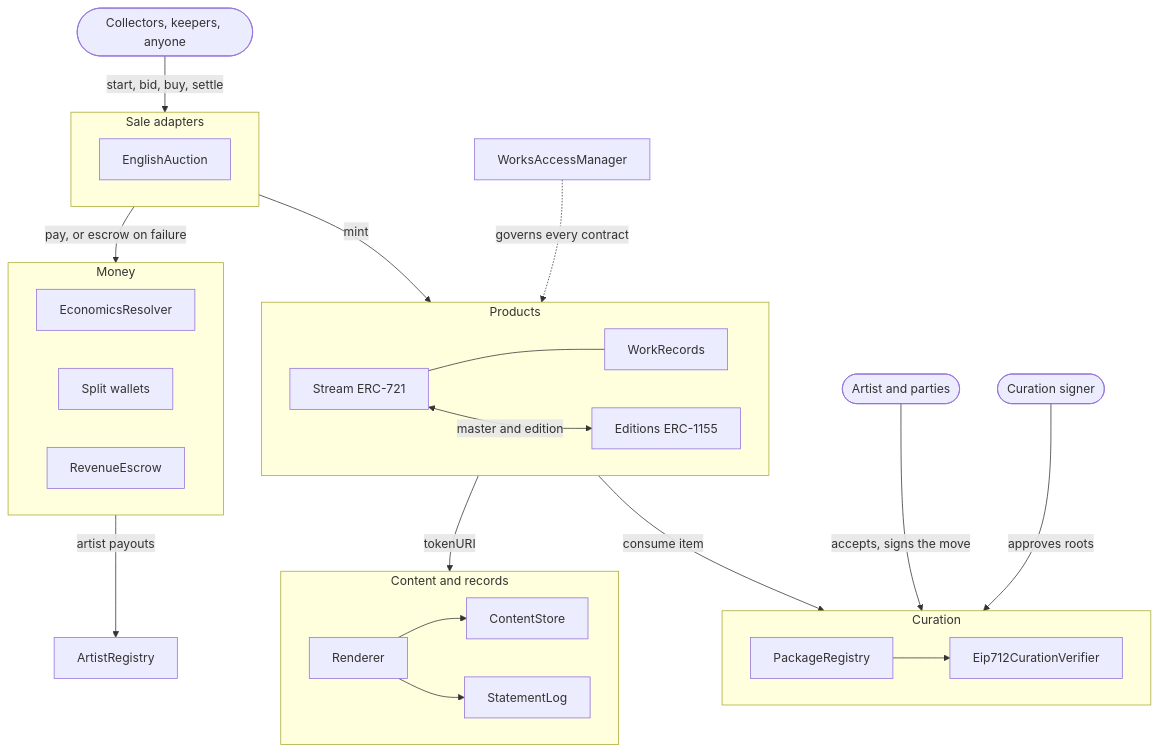
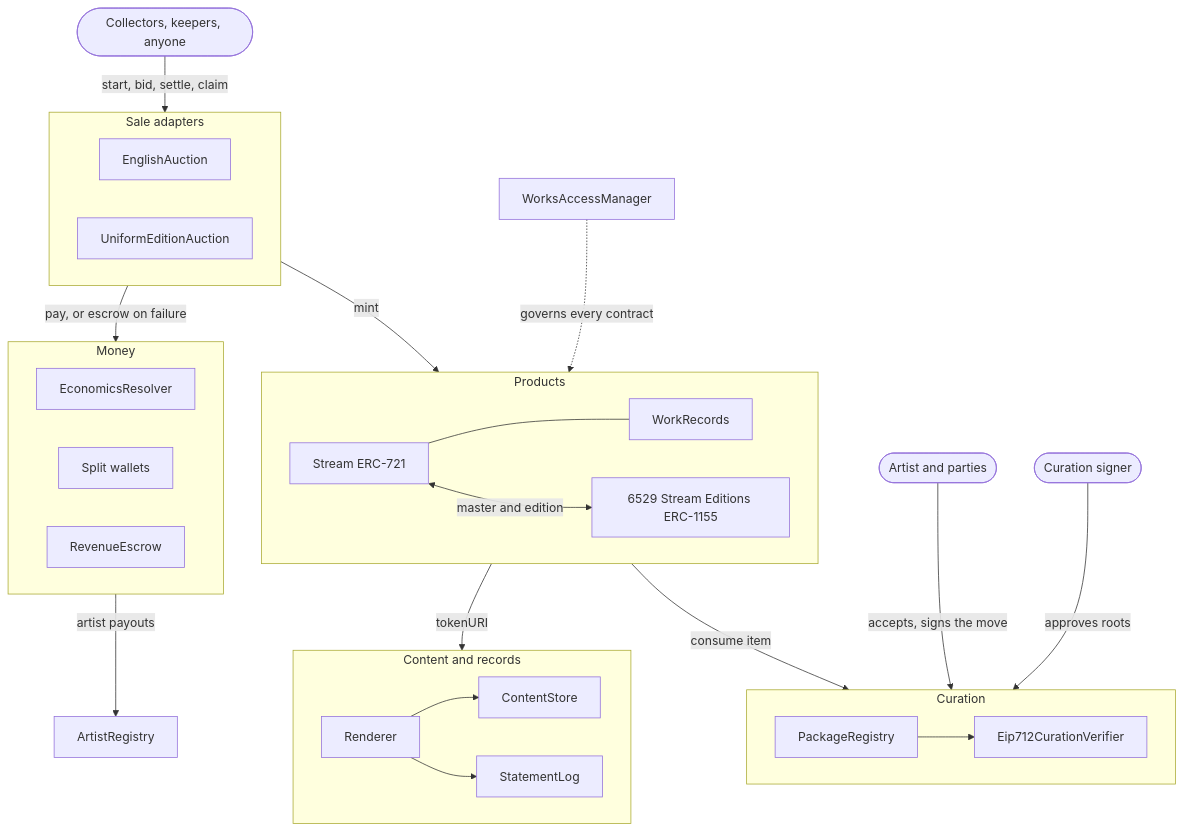
Before and after one commit to 6529-Collections/6529-works: the diagram in README.md, drawn with Mermaid. The commit also changed other lines of this file and 32 other files, not shown here.

First line of the commit message:
rc.2 L6: edition auction specification and docs, ADR 0005 as base text plus amendments, docs/facts.json (#85)

````diff
--- a/README.md
+++ b/README.md
@@ -21,43 +21,44 @@
 ```mermaid
 flowchart TB
     Artist([Artist and parties])
     Signer([Curation signer])
     Buyers([Collectors, keepers, anyone])
 
     subgraph Curation
         direction LR
         PR[PackageRegistry] --> CV[Eip712CurationVerifier]
     end
     subgraph Sales [Sale adapters]
         direction LR
         EA[EnglishAuction]
+        UA[UniformEditionAuction]
     end
     subgraph Products
         direction LR
         S[Stream ERC-721] --- WR[WorkRecords]
-        S <-->|master and edition| E[Editions ERC-1155]
+        S <-->|master and edition| E[6529 Stream Editions ERC-1155]
     end
     subgraph Money
         direction LR
         ER[EconomicsResolver]
         SW[Split wallets]
         RE[RevenueEscrow]
     end
     subgraph Content [Content and records]
         direction LR
         R[Renderer] --> CS[ContentStore]
         R --> SL[StatementLog]
     end
     AR[ArtistRegistry]
     AM[WorksAccessManager]
 
     Signer -->|approves roots| Curation
     Artist -->|accepts, signs the move| Curation
-    Buyers -->|start, bid, buy, settle| Sales
+    Buyers -->|start, bid, settle, claim| Sales
     Sales -->|mint| Products
     Products -->|consume item| Curation
     Sales -->|pay, or escrow on failure| Money
     Products -->|tokenURI| Content
     Money -->|artist payouts| AR
     AM -.->|governs every contract| Products
 ```
````
